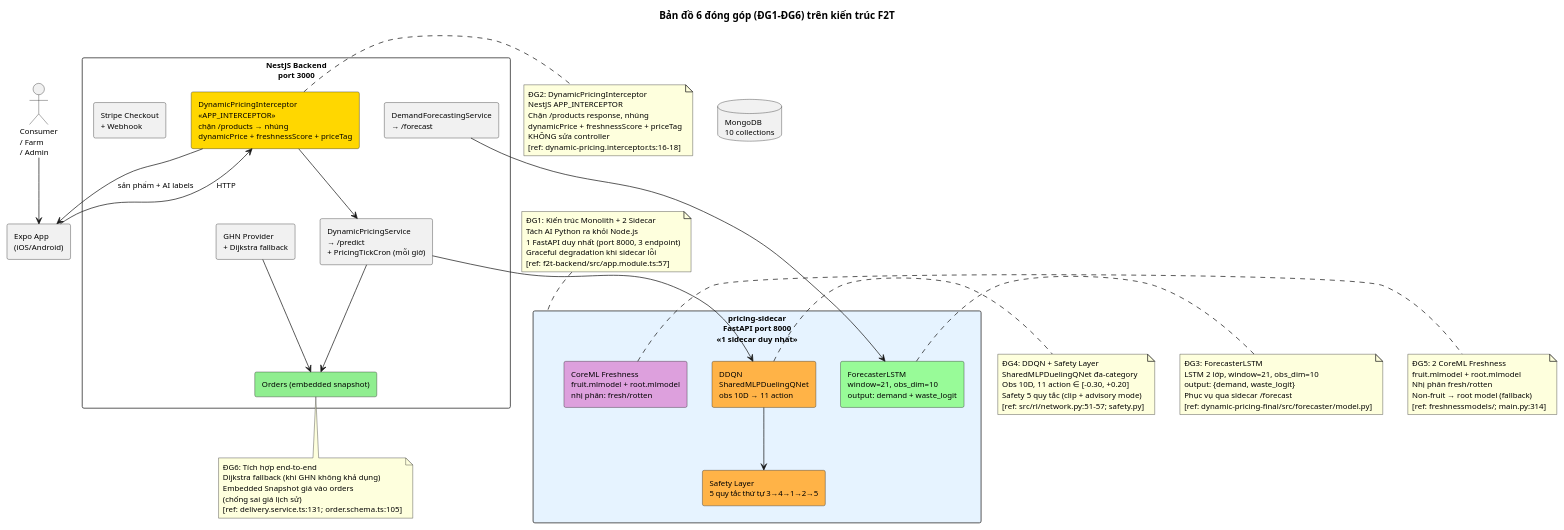
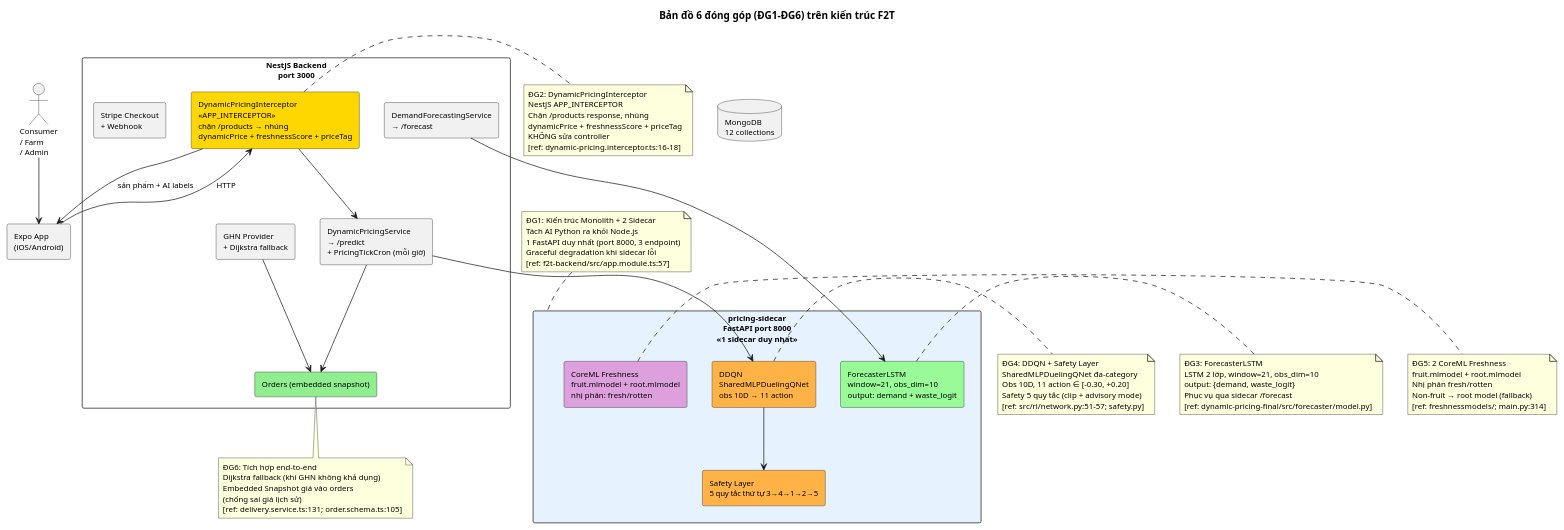
One commit to Nanhhhhhhh/f2t changed the diagram in docs/thesis/final/diagrams/contribution-map.puml. Above: the diagram before and after it, drawn with PlantUML. The commit also changed 3 other files, not shown here.

Commit message:
fix(T3.18): V3 round-3 — Ch2+diagrams 12 collection; puml comments updated

```diff
--- a/docs/thesis/final/diagrams/contribution-map.puml
+++ b/docs/thesis/final/diagrams/contribution-map.puml
@@ -2,93 +2,93 @@
 @startuml contribution-map
 ' Bản đồ 6 đóng góp khoa học định vị trên kiến trúc hệ thống
 ' Nguồn: dany.md §1.5 L47-61
 
 skinparam defaultFontSize 11
 skinparam componentStyle rectangle
 
 title Bản đồ 6 đóng góp (ĐG1–ĐG6) trên kiến trúc F2T
 
 actor "Consumer\n/ Farm\n/ Admin" as users
 
 rectangle "Expo App\n(iOS/Android)" as mobile
 
 rectangle "NestJS Backend\nport 3000" {
   component "DynamicPricingInterceptor\n«APP_INTERCEPTOR»\nchặn /products → nhúng\ndynamicPrice + freshnessScore + priceTag" as interceptor #FFD700
   component "DemandForecastingService\n→ /forecast" as demandSvc
   component "DynamicPricingService\n→ /predict\n+ PricingTickCron (mỗi giờ)" as pricingSvc
   component "Stripe Checkout\n+ Webhook" as stripe
   component "GHN Provider\n+ Dijkstra fallback" as ghn
   component "Orders (embedded snapshot)" as orders #90EE90
 }
 
 rectangle "pricing-sidecar\nFastAPI port 8000\n«1 sidecar duy nhất»" as sidecar #E6F3FF {
   component "DDQN\nSharedMLPDuelingQNet\nobs 10D → 11 action" as ddqn #FFB347
   component "Safety Layer\n5 quy tắc thứ tự 3→4→1→2→5" as safety #FFB347
   component "ForecasterLSTM\nwindow=21, obs_dim=10\noutput: demand + waste_logit" as forecaster #98FB98
   component "CoreML Freshness\nfruit.mlmodel + root.mlmodel\nnhị phân: fresh/rotten" as coreml #DDA0DD
 }
 
-database "MongoDB\n10 collections" as mongodb
+database "MongoDB\n12 collections" as mongodb
 
 ' Luồng chính
 users --> mobile
 mobile --> interceptor : "HTTP"
 interceptor --> pricingSvc
 interceptor --> mobile : "sản phẩm + AI labels"
 demandSvc --> forecaster
 pricingSvc --> ddqn
 ddqn --> safety
 pricingSvc --> orders
 ghn --> orders
 
 ' Đóng góp annotations
 note top of sidecar
   ĐG1: Kiến trúc Monolith + 2 Sidecar
   Tách AI Python ra khỏi Node.js
   1 FastAPI duy nhất (port 8000, 3 endpoint)
   Graceful degradation khi sidecar lỗi
   [ref: f2t-backend/src/app.module.ts:57]
 end note
 
 note right of interceptor
   ĐG2: DynamicPricingInterceptor
   NestJS APP_INTERCEPTOR
   Chặn /products response, nhúng
   dynamicPrice + freshnessScore + priceTag
   KHÔNG sửa controller
   [ref: dynamic-pricing.interceptor.ts:16-18]
 end note
 
 note right of forecaster
   ĐG3: ForecasterLSTM
   LSTM 2 lớp, window=21, obs_dim=10
   output: {demand, waste_logit}
   Phục vụ qua sidecar /forecast
   [ref: dynamic-pricing-final/src/forecaster/model.py]
 end note
 
 note right of ddqn
   ĐG4: DDQN + Safety Layer
   SharedMLPDuelingQNet đa-category
   Obs 10D, 11 action ∈ [-0.30, +0.20]
   Safety 5 quy tắc (clip + advisory mode)
   [ref: src/rl/network.py:51-57; safety.py]
 end note
 
 note right of coreml
   ĐG5: 2 CoreML Freshness
   fruit.mlmodel + root.mlmodel
   Nhị phân fresh/rotten
   Non-fruit → root model (fallback)
   [ref: freshnessmodels/; main.py:314]
 end note
 
 note bottom of orders
   ĐG6: Tích hợp end-to-end
   Dijkstra fallback (khi GHN không khả dụng)
   Embedded Snapshot giá vào orders
   (chống sai giá lịch sử)
   [ref: delivery.service.ts:131; order.schema.ts:105]
 end note
 
 @enduml
```
